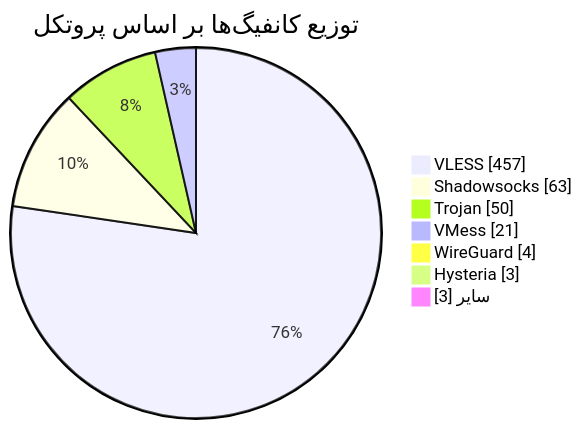
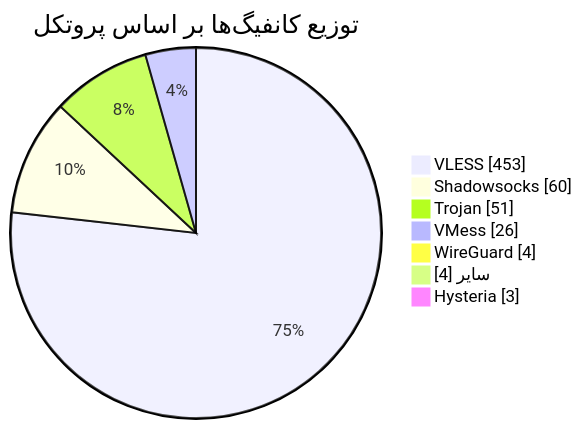
One commit to Arian-Alijani/Somthing changed the diagram in README.md. Above: the diagram before and after it, drawn with Mermaid. The commit also changed other lines of this file and 17 other files, not shown here.

````diff
--- a/README.md
+++ b/README.md
@@ -49,11 +49,11 @@
 ```mermaid
 pie showData
     title توزیع کانفیگ‌ها بر اساس پروتکل
-    "VLESS" : 457
-    "Shadowsocks" : 63
-    "Trojan" : 50
-    "VMess" : 21
+    "VLESS" : 453
+    "Shadowsocks" : 60
+    "Trojan" : 51
+    "VMess" : 26
     "WireGuard" : 4
+    "سایر" : 4
     "Hysteria" : 3
-    "سایر" : 3
 ```
````
